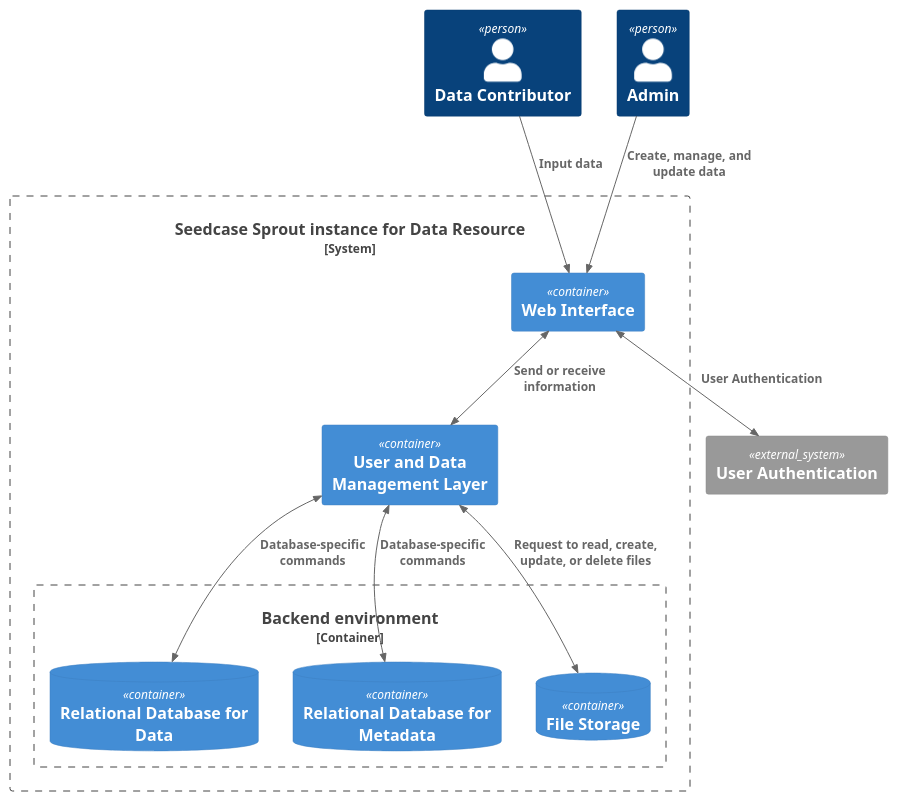
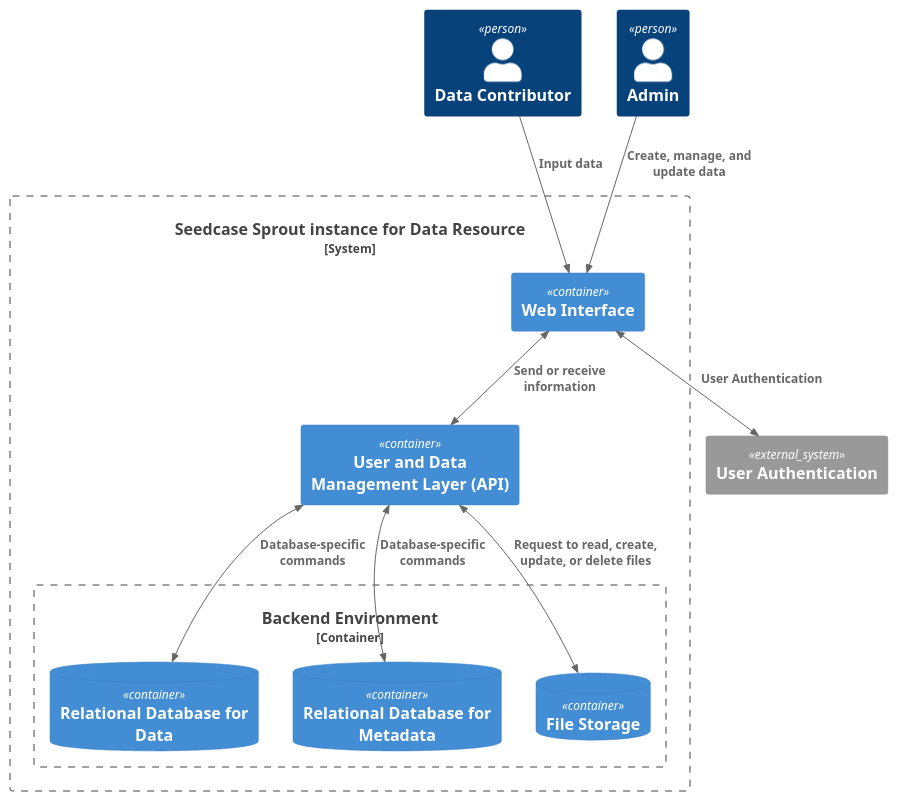
The diagram in docs/design/images/container.puml (signekb/seedcase-sprout), drawn with PlantUML before and after one commit. The commit also changed 3 other files, not shown here.

First line of the commit message:
style: :art: Small stylistic edits and to be consistent across diagrams

```diff
--- a/docs/design/images/container.puml
+++ b/docs/design/images/container.puml
@@ -1,30 +1,32 @@
 @startuml container
 ' Container diagram showing overview of Seedcase
 !include https://raw.githubusercontent.com/plantuml-stdlib/C4-PlantUML/master/C4_Container.puml
+
+' C4 Container diagram
 
 Person(user_request_input, "Data Contributor")
 Person(user_admin, "Admin")
 
 System_Boundary(seedcase, "Seedcase Sprout instance for Data Resource") {
   Container(web_framework, "Web Interface")
-  Container(management, "User and Data Management Layer")
+  Container(management, "User and Data Management Layer (API)")
   ' Authentication inside or outside?
   'Container(id_authentication, "User Authentication")
 
-  Container_Boundary(backend, "Backend environment") {
+  Container_Boundary(bee, "Backend Environment") {
     ContainerDb(backend_database_data, "Relational Database for Data")
     ContainerDb(backend_database_metadata, "Relational Database for Metadata")
     ContainerDb(backend_file_storage, "File Storage")
   }
 }
 System_Ext(id_authentication, "User Authentication")
 
 Rel(user_request_input, web_framework, "Input data")
 Rel(user_admin, web_framework, "Create, manage, and update data")
 BiRel(web_framework, id_authentication, "User Authentication")
 BiRel(web_framework, management, "Send or receive information")
 BiRel(management, backend_database_data, "Database-specific commands")
 BiRel(management, backend_database_metadata, "Database-specific commands")
 BiRel(management, backend_file_storage, "Request to read, create, update, or delete files")
 
 @enduml
```
